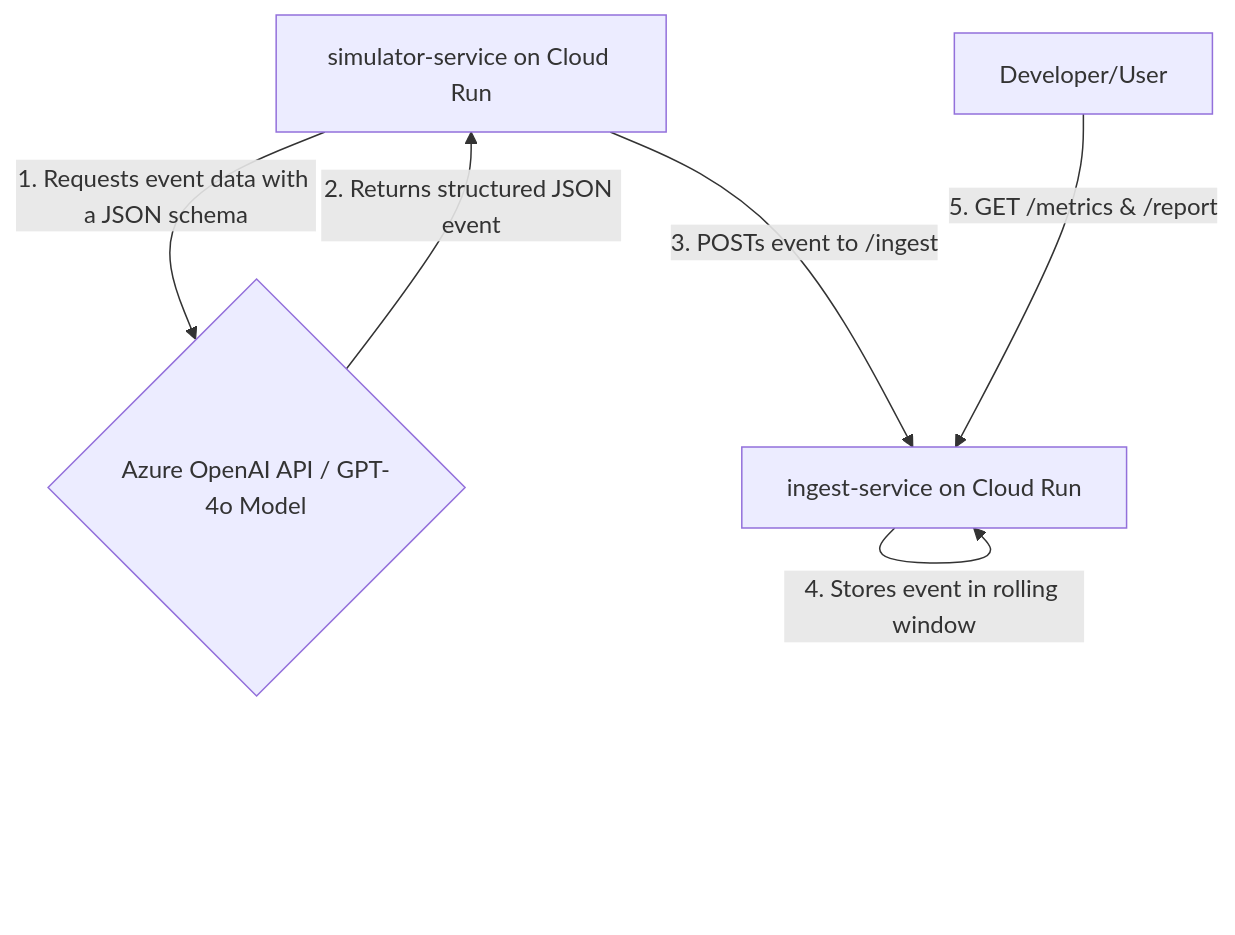
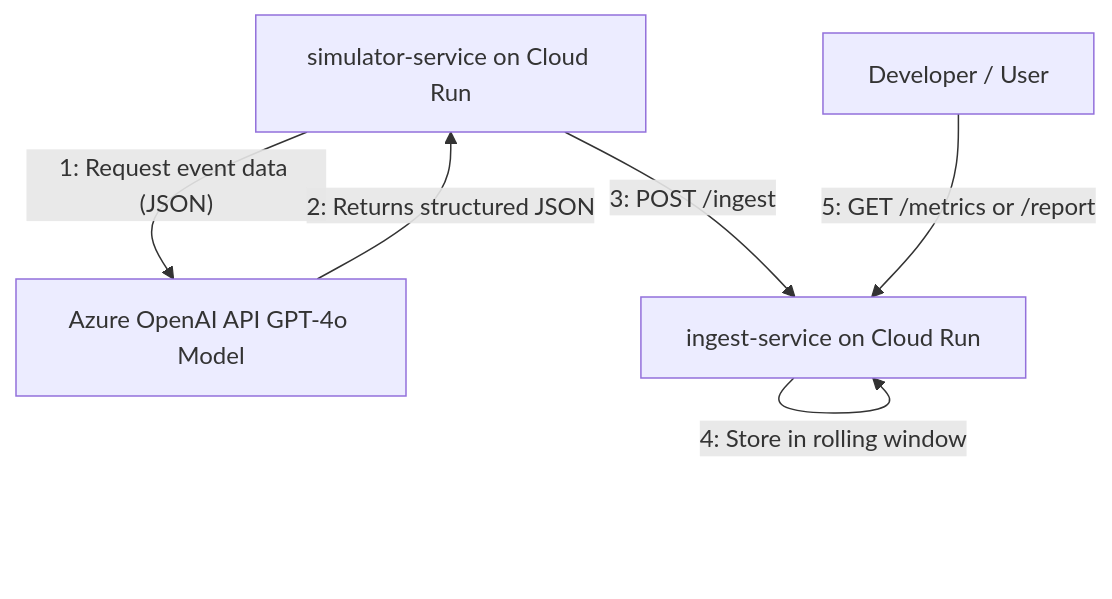
One commit to PragalvhaSharma/LLMmonitoring changed the diagram in README.md. Above: the diagram before and after it, drawn with Mermaid.

````diff
--- a/README.md
+++ b/README.md
@@ -17,8 +17,8 @@
 ```mermaid
-graph TD
-    A["simulator-service on Cloud Run"] -- "1. Requests event data with a JSON schema" --> B{"Azure OpenAI API / GPT-4o Model"};
-    B -- "2. Returns structured JSON event" --> A;
-    A -- "3. POSTs event to /ingest" --> C["ingest-service on Cloud Run"];
-    C -- "4. Stores event in rolling window" --> C;
-    D["Developer/User"] -- "5. GET /metrics & /report" --> C;
+flowchart TD
+    A["simulator-service on Cloud Run"] -- "1: Request event data (JSON)" --> B["Azure OpenAI API GPT-4o Model"]
+    B -- "2: Returns structured JSON" --> A
+    A -- "3: POST /ingest" --> C["ingest-service on Cloud Run"]
+    C -- "4: Store in rolling window" --> C
+    D["Developer / User"] -- "5: GET /metrics or /report" --> C
 ```
````
